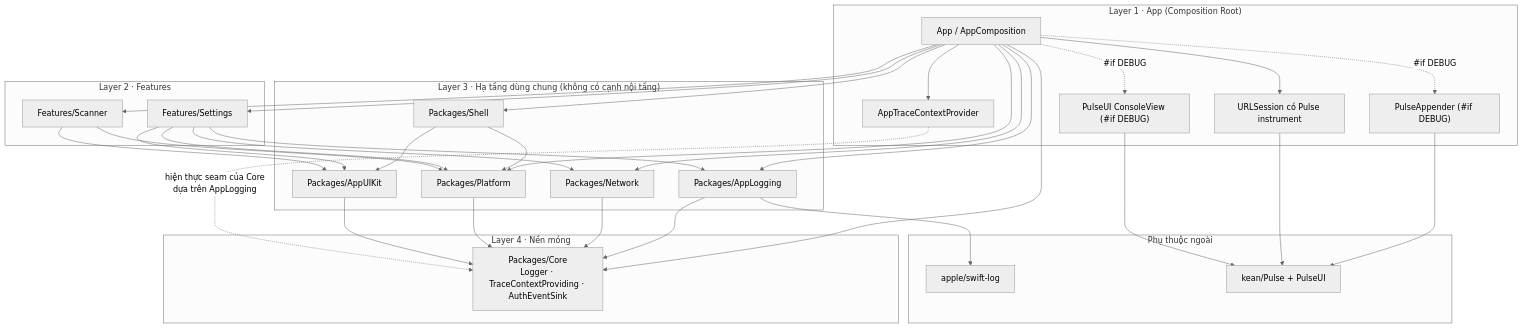
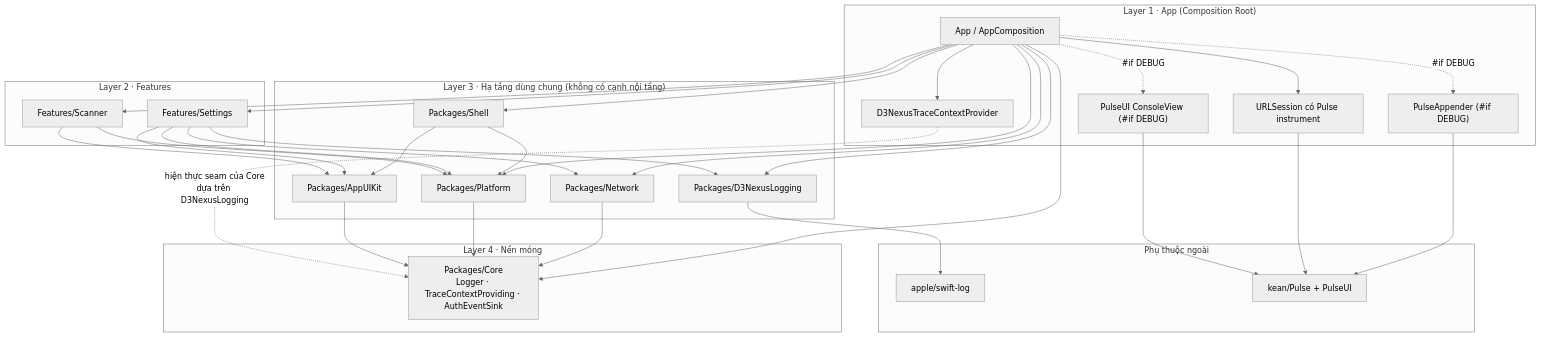
The first of 4 diagrams in .devtool/epic/pulse_logger/pulse_logger.vi.md (DanhDue/ios_digital_wallet), drawn with Mermaid (neutral theme) before and after one commit. The commit also changed other lines of this file and 22 other files, not shown here.

First line of the commit message:
[PULSE_LOGGER] Name module D3NexusLogging and make the package extractable

````diff
--- a/.devtool/epic/pulse_logger/pulse_logger.vi.md
+++ b/.devtool/epic/pulse_logger/pulse_logger.vi.md
@@ -132,54 +158,53 @@
 ```mermaid
 graph TD
     subgraph Host["Layer 1 · App (Composition Root)"]
         App["App / AppComposition"]
         PulseApp["PulseAppender (#if DEBUG)"]
         PulseSession["URLSession có Pulse instrument"]
-        TraceBind["AppTraceContextProvider"]
+        TraceBind["D3NexusTraceContextProvider"]
         PulseUI["PulseUI ConsoleView (#if DEBUG)"]
     end
 
     subgraph L2["Layer 2 · Features"]
         Settings["Features/Settings"]
         Scanner["Features/Scanner"]
     end
 
     subgraph L3["Layer 3 · Hạ tầng dùng chung (không có cạnh nội tầng)"]
         Shell["Packages/Shell"]
-        Logging["Packages/AppLogging"]
+        Logging["Packages/D3NexusLogging"]
         Network["Packages/Network"]
         Platform["Packages/Platform"]
         UIKitPkg["Packages/AppUIKit"]
     end
 
     subgraph L4["Layer 4 · Nền móng"]
         Core["Packages/Core<br/>Logger · TraceContextProviding · AuthEventSink"]
     end
 
     subgraph Ext["Phụ thuộc ngoài"]
         SwiftLog["apple/swift-log"]
         PulseCore["kean/Pulse + PulseUI"]
     end
 
     App --> Shell & Logging & Network & Platform & Core
     App --> Settings & Scanner
     App -.->|#if DEBUG| PulseApp
     App --> PulseSession
     App --> TraceBind
     App -.->|#if DEBUG| PulseUI
     PulseApp --> PulseCore
     PulseSession --> PulseCore
     PulseUI --> PulseCore
 
-    Logging --> Core
     Logging --> SwiftLog
     Network --> Core
     Platform --> Core
     UIKitPkg --> Core
     Shell --> Platform & UIKitPkg
 
     Settings --> Platform & Network & UIKitPkg & Logging
     Scanner --> Platform & UIKitPkg
 
-    TraceBind -.->|hiện thực seam của Core<br/>dựa trên AppLogging| Core
+    TraceBind -.->|hiện thực seam của Core<br/>dựa trên D3NexusLogging| Core
 ```
````
